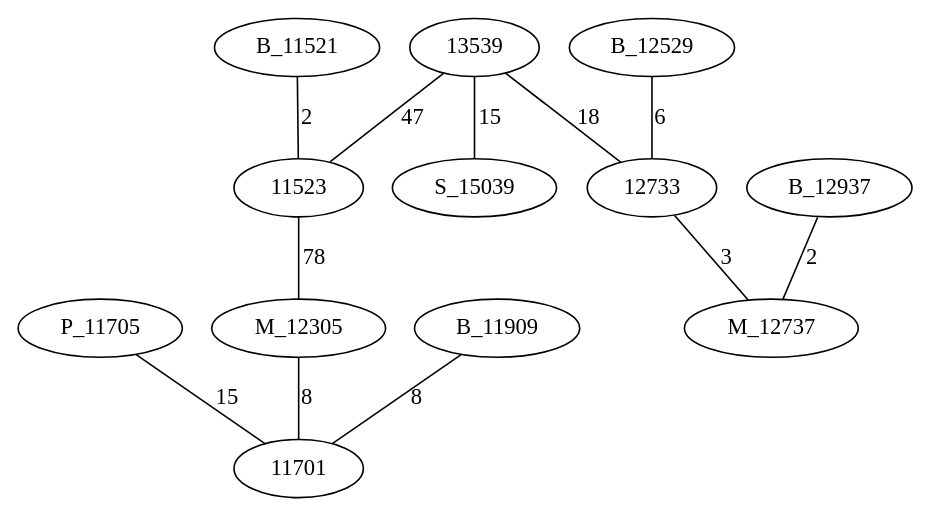
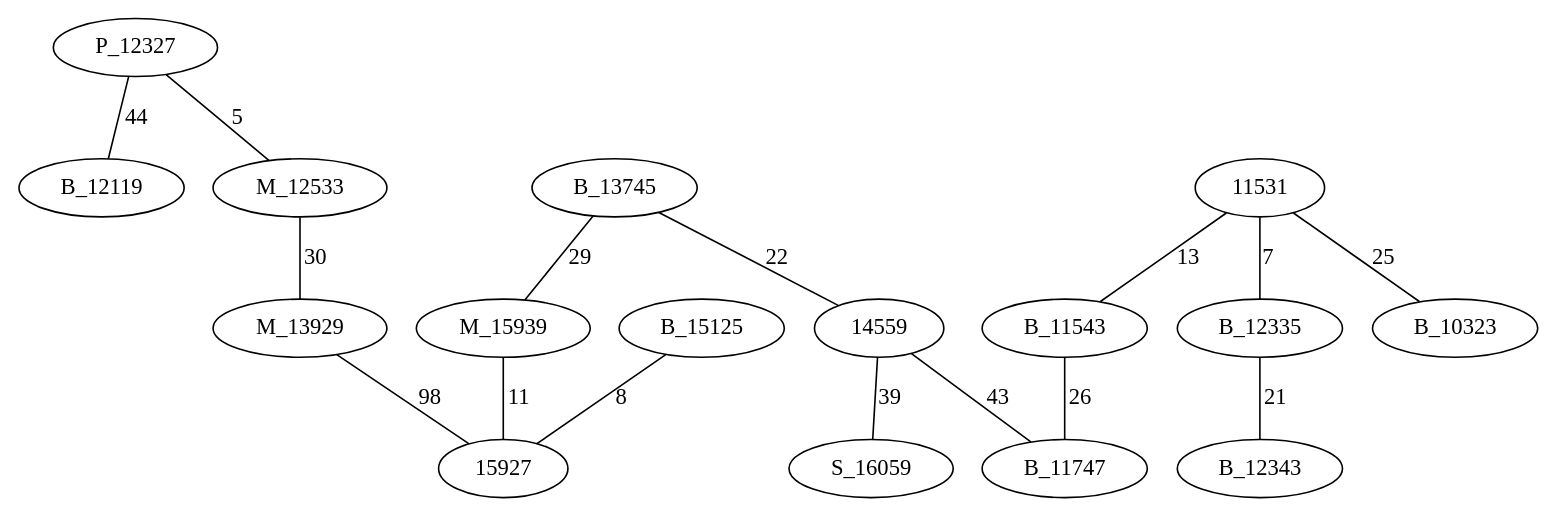
One commit to AsmNoob/Labyrinthe changed the diagram in Graph.dot. Above: the diagram before and after it, drawn with Graphviz. The commit also changed 3 other files, not shown here.

```diff
--- a/Graph.dot
+++ b/Graph.dot
@@ -1,15 +1,19 @@
 graph chemin {
 
-	P_11705 -- 11701 [label=15]
-	13539 -- S_15039 [label=15]
-	13539 -- 11523 [label=47]
-	13539 -- 12733 [label=18]
-	B_12937 -- M_12737 [label=2]
-	B_11521 -- 11523 [label=2]
-	11523 -- M_12305 [label=78]
-	B_12529 -- 12733 [label=6]
-	B_11909 -- 11701 [label=8]
-	M_12305 -- 11701 [label=8]
-	12733 -- M_12737 [label=3]
+	P_12327 -- B_12119 [label=44]
+	P_12327 -- M_12533 [label=5]
+	11531 -- B_12335 [label=7]
+	11531 -- B_10323 [label=25]
+	11531 -- B_11543 [label=13]
+	B_13745 -- 14559 [label=22]
+	B_13745 -- M_15939 [label=29]
+	B_12335 -- B_12343 [label=21]
+	B_15125 -- 15927 [label=8]
+	M_12533 -- M_13929 [label=30]
+	M_15939 -- 15927 [label=11]
+	B_11543 -- B_11747 [label=26]
+	M_13929 -- 15927 [label=98]
+	14559 -- B_11747 [label=43]
+	14559 -- S_16059 [label=39]
 
 }
```
